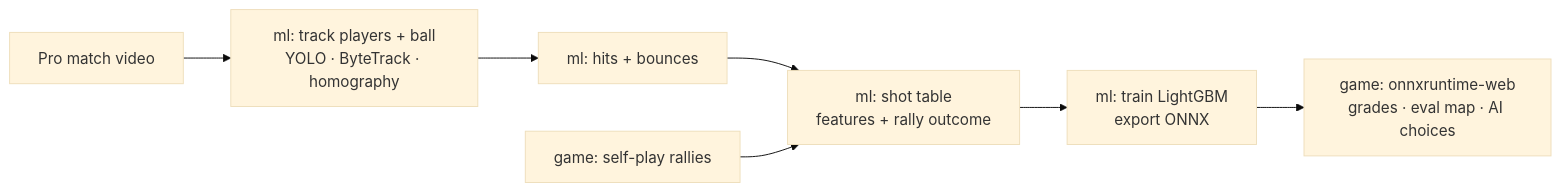
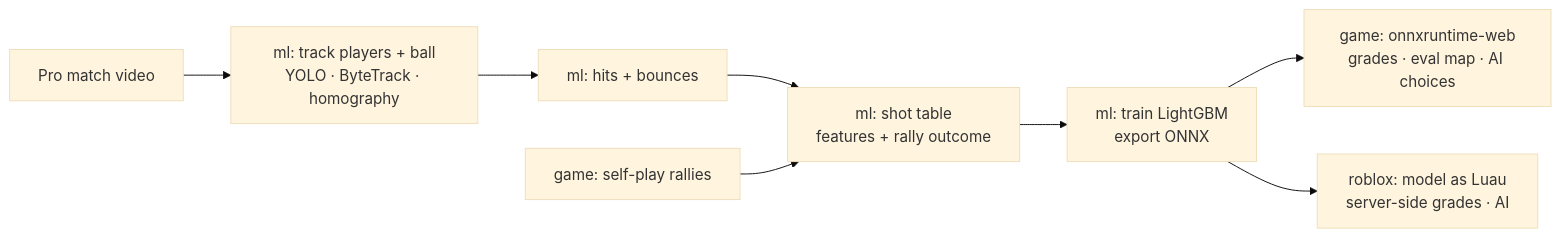
Before and after one commit to ParkerDingle/dink-engine: the diagram in README.md, drawn with Mermaid (base theme). The commit also changed other lines of this file and 33 other files, not shown here.

First line of the commit message:
Add the Roblox version: 2v2 doubles with AI fill, Luau model export, CI and publishing

````diff
--- a/README.md
+++ b/README.md
@@ -9,9 +12,10 @@
 ```mermaid
 flowchart LR
   V[Pro match video] --> T[ml: track players + ball<br/>YOLO · ByteTrack · homography]
   T --> E[ml: hits + bounces]
   E --> S[ml: shot table<br/>features + rally outcome]
   SP[game: self-play rallies] --> S
   S --> M[ml: train LightGBM<br/>export ONNX]
   M --> G[game: onnxruntime-web<br/>grades · eval map · AI choices]
+  M --> RB[roblox: model as Luau<br/>server-side grades · AI]
 ```
````
